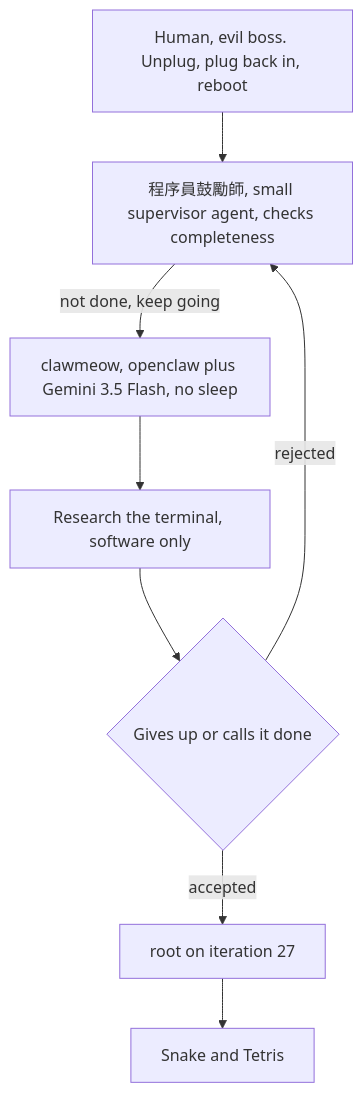
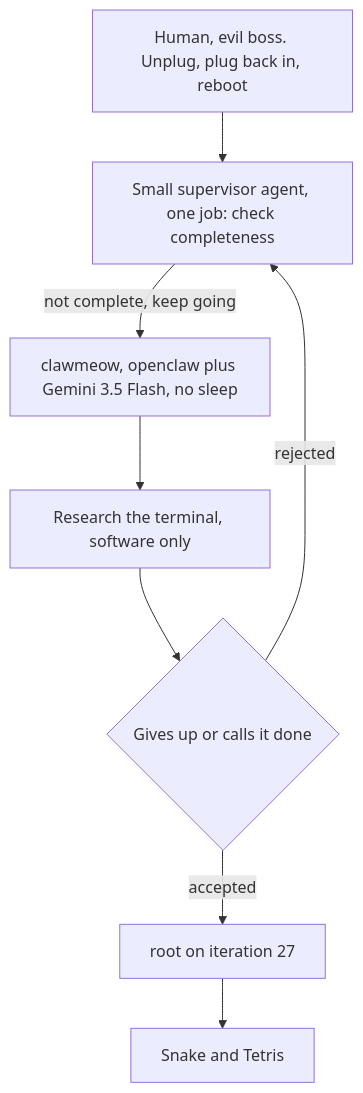
One commit to byronwai/byronwai.github.io changed diagram 13 of 14 in _posts/2026-09-30-HITCON-2026-Talk-Reviews.md. Above: the diagram before and after it, drawn with Mermaid. The commit also changed other lines of this file, not shown here.

Commit message:
HITCON 2026: fix payment terminal harness diagram
The small supervisor agent only checks completeness; 程序員鼓勵師 is the
metaphor for the whole workflow, not that agent's name

````diff
--- a/_posts/2026-09-30-HITCON-2026-Talk-Reviews.md
+++ b/_posts/2026-09-30-HITCON-2026-Talk-Reviews.md
@@ -287,10 +287,10 @@
 ```mermaid
 flowchart TD
-    BOSS["Human, evil boss. Unplug, plug back in, reboot"] --> ENC["程序員鼓勵師, small supervisor agent, checks completeness"]
-    ENC -->|"not done, keep going"| BIG["clawmeow, openclaw plus Gemini 3.5 Flash, no sleep"]
+    BOSS["Human, evil boss. Unplug, plug back in, reboot"] --> ENC["Small supervisor agent, one job: check completeness"]
+    ENC -->|"not complete, keep going"| BIG["clawmeow, openclaw plus Gemini 3.5 Flash, no sleep"]
     BIG --> WRK["Research the terminal, software only"]
     WRK --> Q{"Gives up or calls it done"}
     Q -->|"rejected"| ENC
     Q -->|"accepted"| ROT["root on iteration 27"]
     ROT --> GME["Snake and Tetris"]
 ```
````
